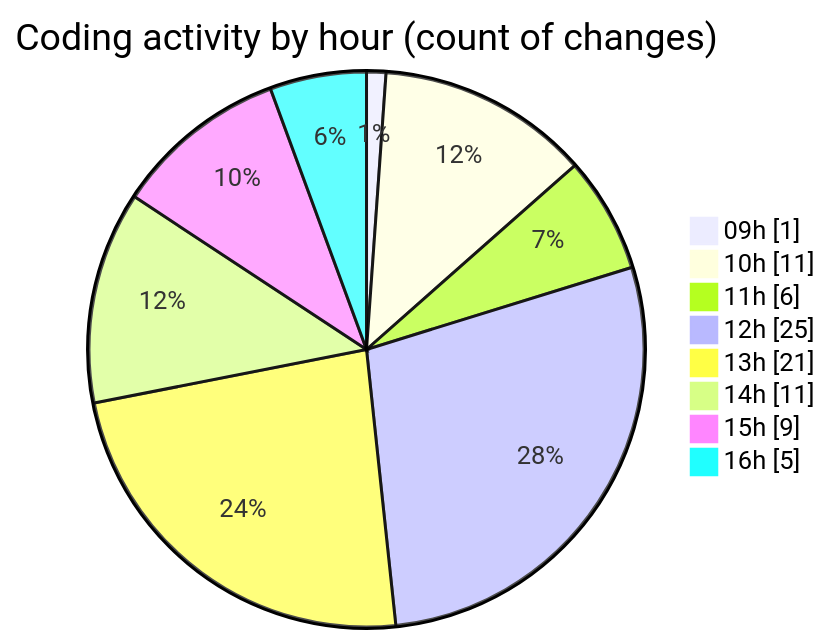
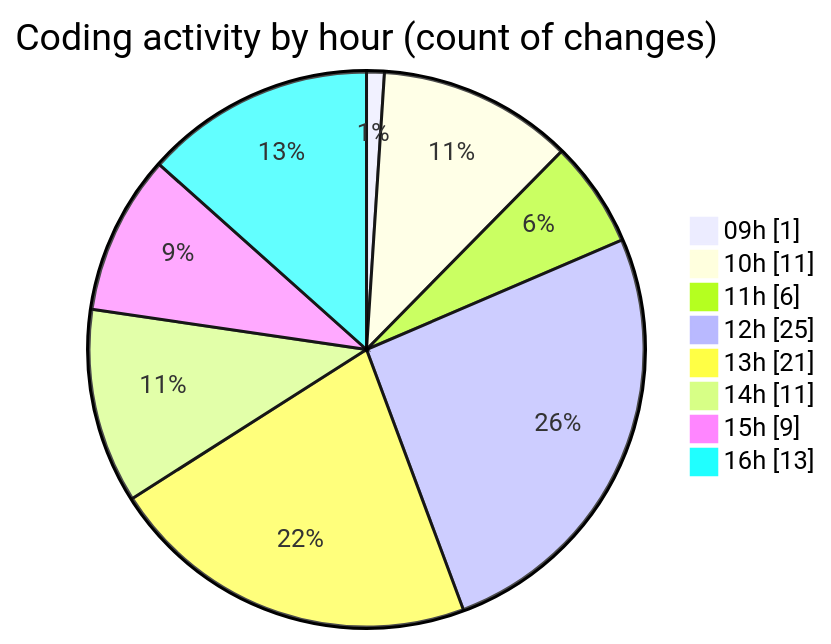
One commit to momahboobian/code-tracking changed the second of 2 diagrams in 2026-09-28/cda/README.md. Above: the diagram before and after it, drawn with Mermaid. The commit also changed other lines of this file and 1 other file, not shown here.

````diff
--- a/2026-09-28/cda/README.md
+++ b/2026-09-28/cda/README.md
@@ -65,12 +71,12 @@
 ```mermaid
 pie showData
 title Coding activity by hour (count of changes)
 "09h" : 1
 "10h" : 11
 "11h" : 6
 "12h" : 25
 "13h" : 21
 "14h" : 11
 "15h" : 9
-"16h" : 5
+"16h" : 13
 ```
````
